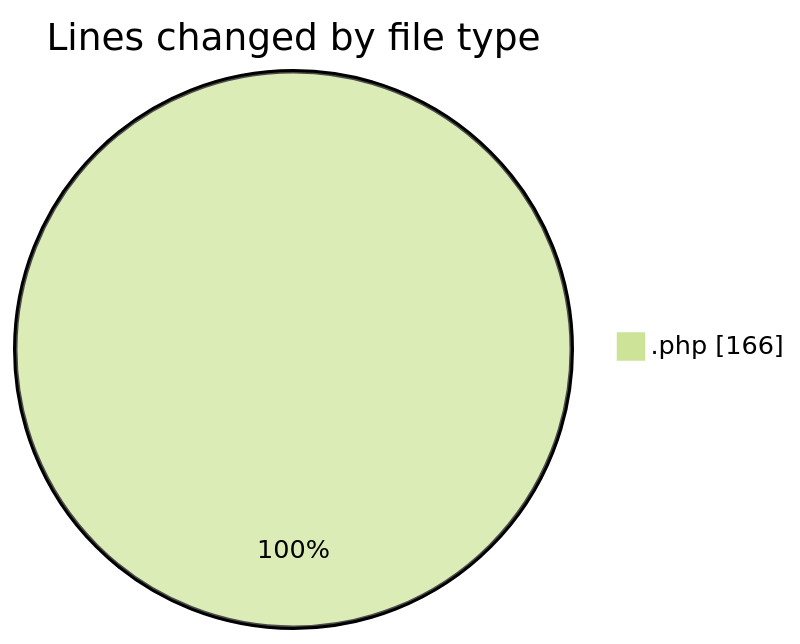
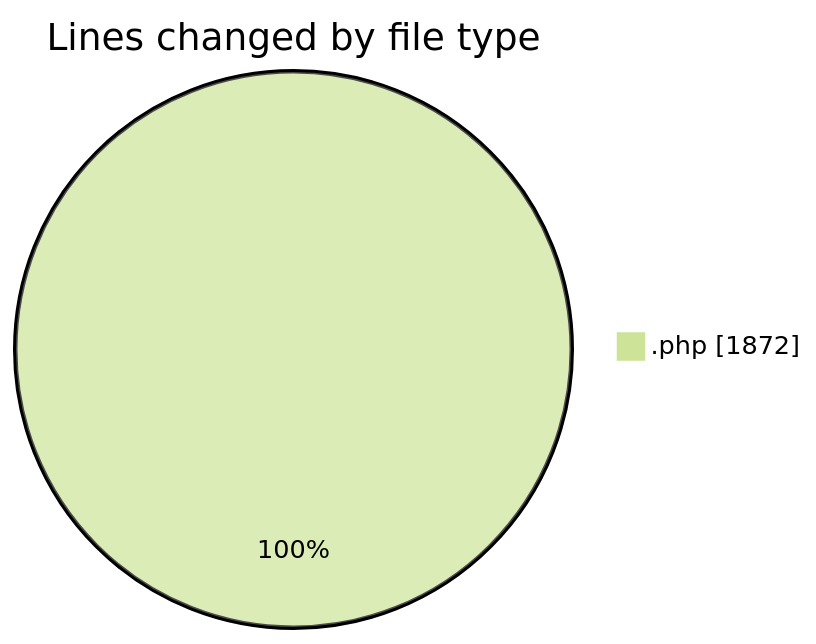
The first of 2 diagrams in 2025-10-24/untitled__workspace_/README.md (debugP/code-tracking), drawn with Mermaid (forest theme) before and after one commit. The commit also changed other lines of this file and 1 other file, not shown here.

````diff
--- a/2025-10-24/untitled__workspace_/README.md
+++ b/2025-10-24/untitled__workspace_/README.md
@@ -20,5 +21,5 @@
 ```mermaid
 pie showData
 title Lines changed by file type
-".php" : 166
+".php" : 1872
 ```
````
